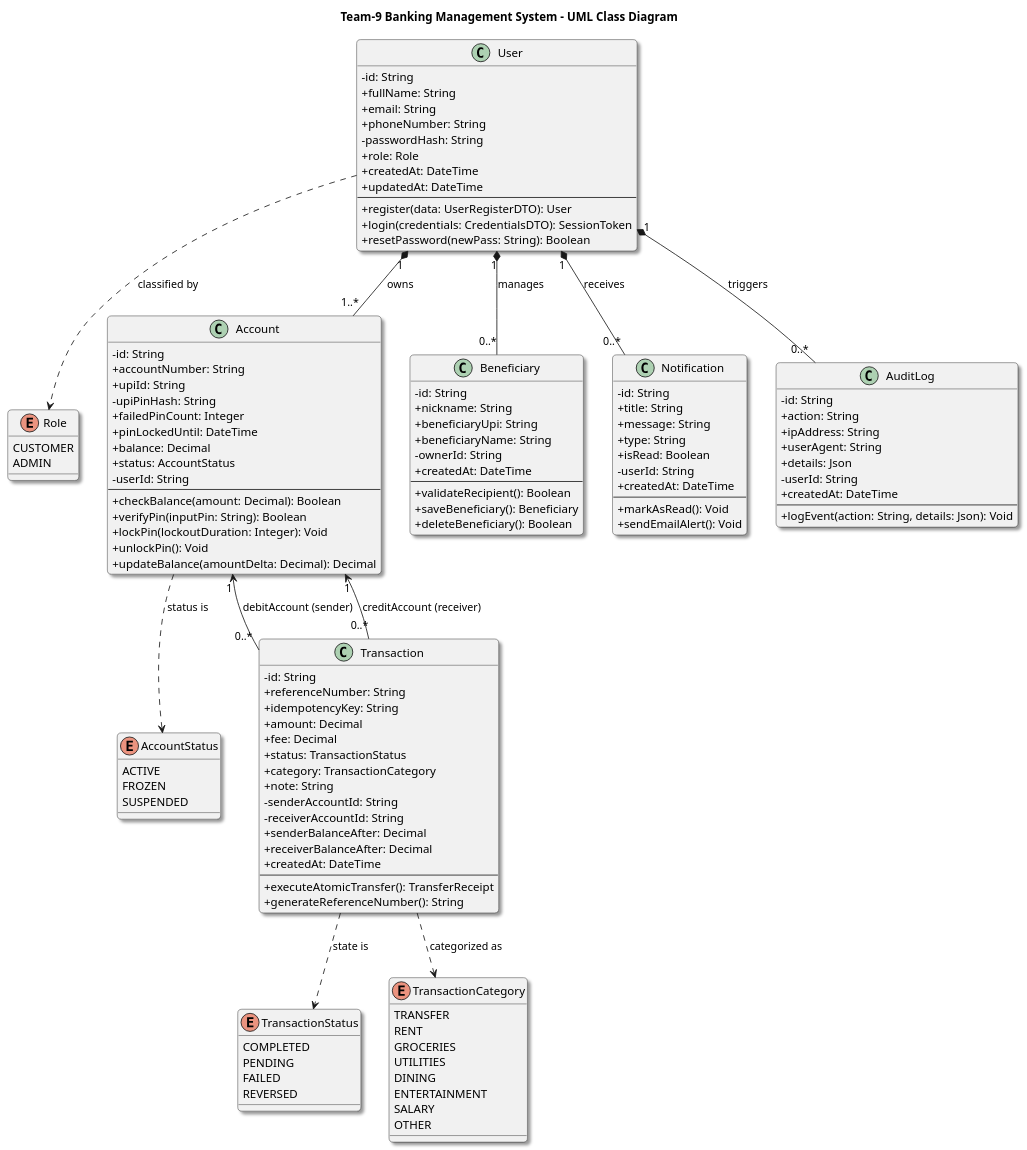
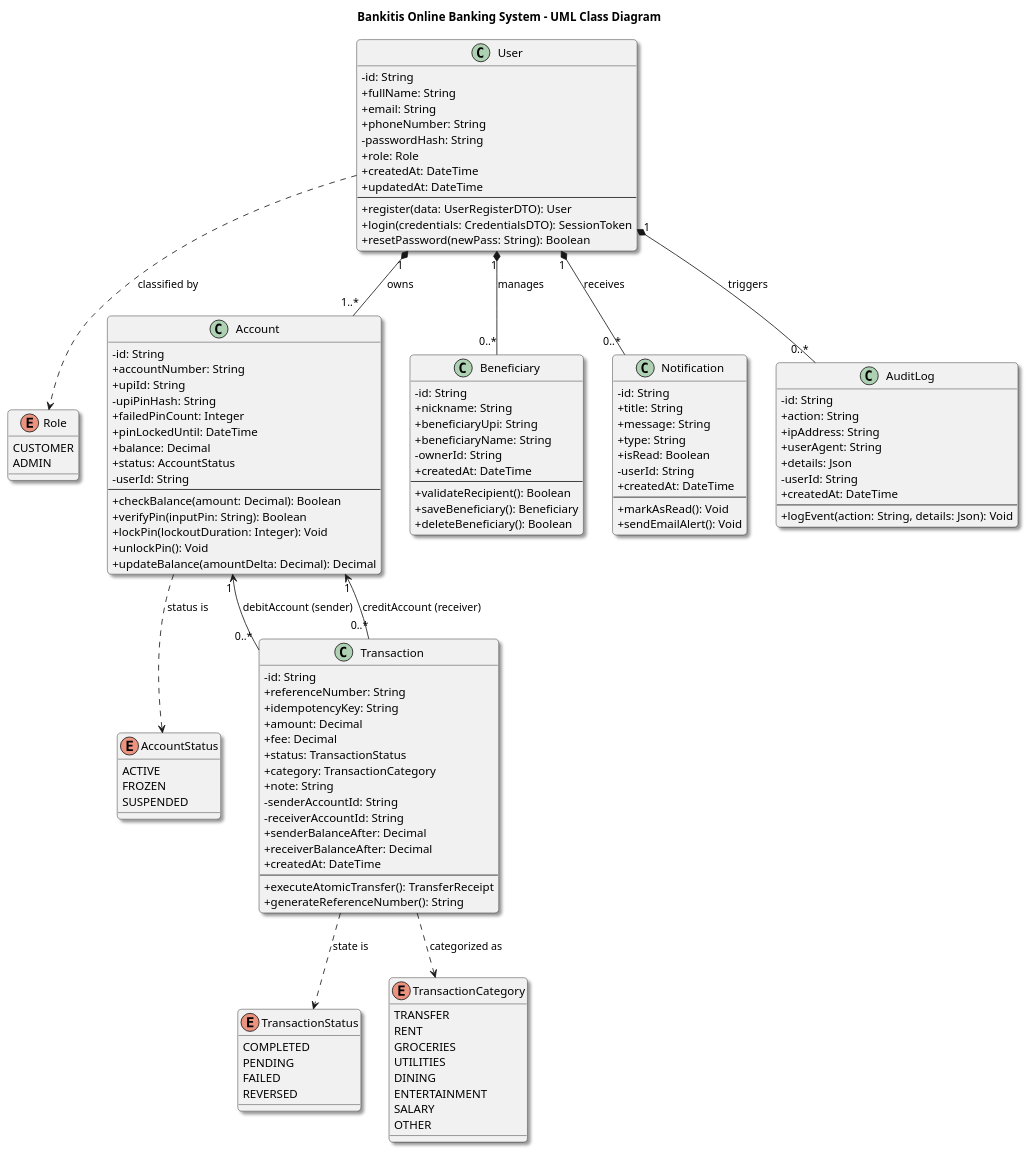
One commit to allanmaaz/bankitis changed the diagram in diagrams/ClassDiagram.puml. Above: the diagram before and after it, drawn with PlantUML. The commit also changed 15 other files, not shown here.

```diff
--- a/diagrams/ClassDiagram.puml
+++ b/diagrams/ClassDiagram.puml
@@ -1,142 +1,142 @@
 @startuml ClassDiagram
-title Team-9 Banking Management System - UML Class Diagram
+title Bankitis Online Banking System - UML Class Diagram
 
 skinparam classAttributeIconSize 0
 skinparam monochrome false
 skinparam roundcorner 10
 skinparam shadowing true
 skinparam packageStyle rectangle
 
 enum Role {
   CUSTOMER
   ADMIN
 }
 
 enum AccountStatus {
   ACTIVE
   FROZEN
   SUSPENDED
 }
 
 enum TransactionStatus {
   COMPLETED
   PENDING
   FAILED
   REVERSED
 }
 
 enum TransactionCategory {
   TRANSFER
   RENT
   GROCERIES
   UTILITIES
   DINING
   ENTERTAINMENT
   SALARY
   OTHER
 }
 
 class User {
   - id: String
   + fullName: String
   + email: String
   + phoneNumber: String
   - passwordHash: String
   + role: Role
   + createdAt: DateTime
   + updatedAt: DateTime
   --
   + register(data: UserRegisterDTO): User
   + login(credentials: CredentialsDTO): SessionToken
   + resetPassword(newPass: String): Boolean
 }
 
 class Account {
   - id: String
   + accountNumber: String
   + upiId: String
   - upiPinHash: String
   + failedPinCount: Integer
   + pinLockedUntil: DateTime
   + balance: Decimal
   + status: AccountStatus
   - userId: String
   --
   + checkBalance(amount: Decimal): Boolean
   + verifyPin(inputPin: String): Boolean
   + lockPin(lockoutDuration: Integer): Void
   + unlockPin(): Void
   + updateBalance(amountDelta: Decimal): Decimal
 }
 
 class Beneficiary {
   - id: String
   + nickname: String
   + beneficiaryUpi: String
   + beneficiaryName: String
   - ownerId: String
   + createdAt: DateTime
   --
   + validateRecipient(): Boolean
   + saveBeneficiary(): Beneficiary
   + deleteBeneficiary(): Boolean
 }
 
 class Transaction {
   - id: String
   + referenceNumber: String
   + idempotencyKey: String
   + amount: Decimal
   + fee: Decimal
   + status: TransactionStatus
   + category: TransactionCategory
   + note: String
   - senderAccountId: String
   - receiverAccountId: String
   + senderBalanceAfter: Decimal
   + receiverBalanceAfter: Decimal
   + createdAt: DateTime
   --
   + executeAtomicTransfer(): TransferReceipt
   + generateReferenceNumber(): String
 }
 
 class Notification {
   - id: String
   + title: String
   + message: String
   + type: String
   + isRead: Boolean
   - userId: String
   + createdAt: DateTime
   --
   + markAsRead(): Void
   + sendEmailAlert(): Void
 }
 
 class AuditLog {
   - id: String
   + action: String
   + ipAddress: String
   + userAgent: String
   + details: Json
   - userId: String
   + createdAt: DateTime
   --
   + logEvent(action: String, details: Json): Void
 }
 
 User "1" *-- "1..*" Account : owns
 User "1" *-- "0..*" Beneficiary : manages
 User "1" *-- "0..*" Notification : receives
 User "1" *-- "0..*" AuditLog : triggers
 
 Account "1" <-- "0..*" Transaction : debitAccount (sender)
 Account "1" <-- "0..*" Transaction : creditAccount (receiver)
 
 User ..> Role : classified by
 Account ..> AccountStatus : status is
 Transaction ..> TransactionStatus : state is
 Transaction ..> TransactionCategory : categorized as
 
 @enduml
```
